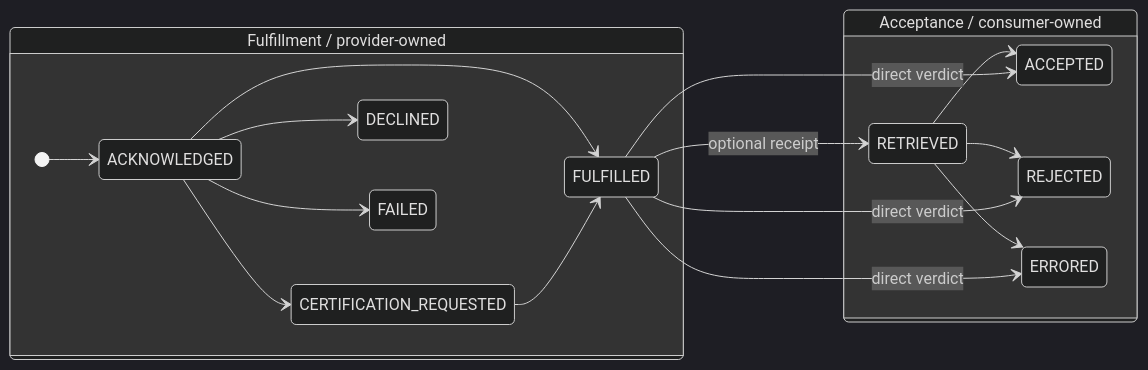
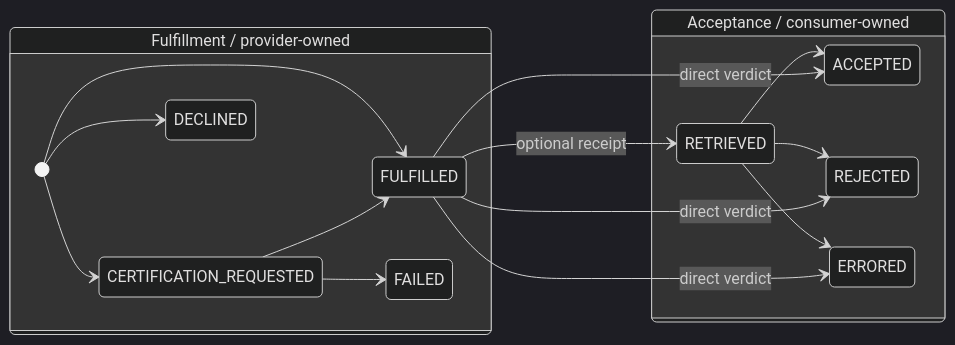
One commit to Metaform/certo changed the first of 5 diagrams in docs/FLOWS.md. Above: the diagram before and after it, drawn with Mermaid (dark theme). The commit also changed other lines of this file and 76 other files, not shown here.

````diff
--- a/docs/FLOWS.md
+++ b/docs/FLOWS.md
@@ -27,21 +27,20 @@
 ```mermaid
 stateDiagram-v2
     direction LR
     state "Fulfillment / provider-owned" as F {
-        [*] --> ACKNOWLEDGED
-        ACKNOWLEDGED --> CERTIFICATION_REQUESTED
-        ACKNOWLEDGED --> FULFILLED
+        [*] --> CERTIFICATION_REQUESTED
+        [*] --> FULFILLED
+        [*] --> DECLINED
         CERTIFICATION_REQUESTED --> FULFILLED
-        ACKNOWLEDGED --> DECLINED
-        ACKNOWLEDGED --> FAILED
+        CERTIFICATION_REQUESTED --> FAILED
     }
     state "Acceptance / consumer-owned" as A {
         RETRIEVED --> ACCEPTED
         RETRIEVED --> REJECTED
         RETRIEVED --> ERRORED
     }
     FULFILLED --> RETRIEVED: optional receipt
     FULFILLED --> ACCEPTED: direct verdict
     FULFILLED --> REJECTED: direct verdict
     FULFILLED --> ERRORED: direct verdict
 ```
````
